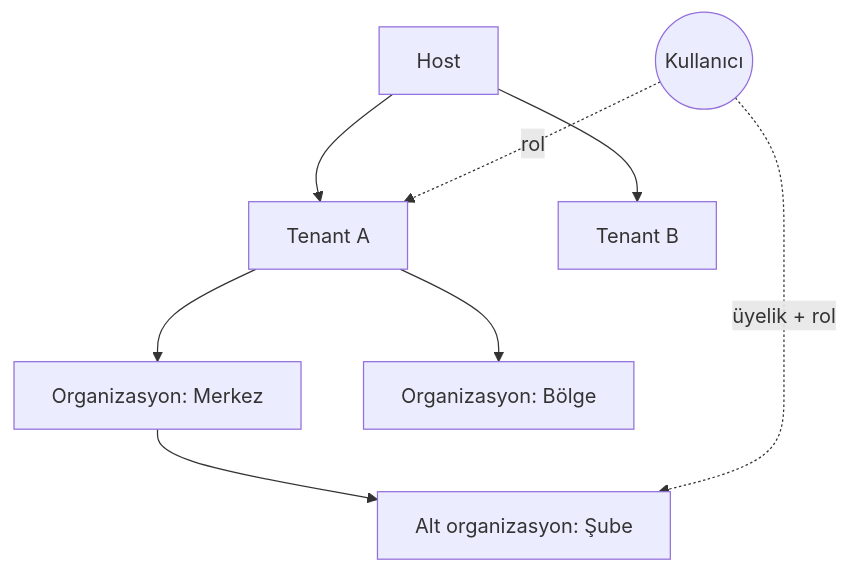
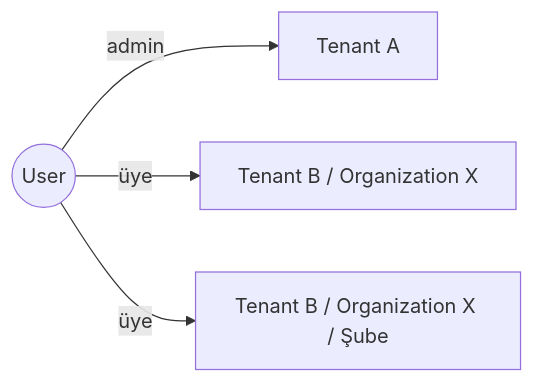
The second of 7 diagrams in README.md (mertbyd/byd-auth-management-api), drawn with Mermaid before and after one commit. The commit also changed other lines of this file, not shown here.

````diff
--- a/README.md
+++ b/README.md
@@ -59,10 +37,6 @@
 ```mermaid
-flowchart TB
-    H[Host] --> T1[Tenant A]
-    H --> T2[Tenant B]
-    T1 --> O1[Organizasyon: Merkez]
-    O1 --> O2[Alt organizasyon: Şube]
-    T1 --> O3[Organizasyon: Bölge]
-    U((Kullanıcı)) -. rol .-> T1
-    U -. üyelik + rol .-> O2
+flowchart LR
+    U((User)) -->|admin| T1[Tenant A]
+    U -->|üye| O1[Tenant B / Organization X]
+    U -->|üye| O2[Tenant B / Organization X / Şube]
 ```
````
